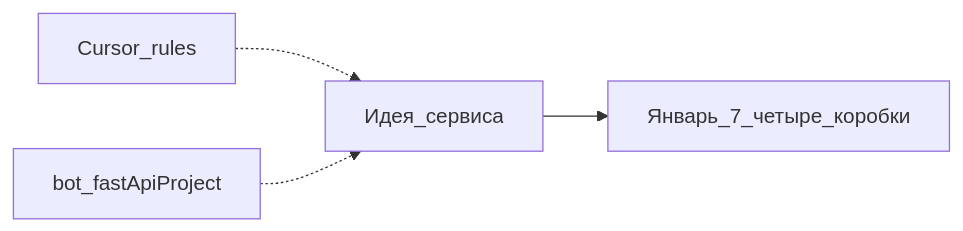
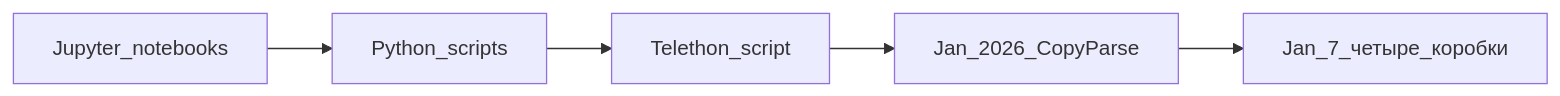
One commit to AlexanderNY/cursor_test changed the diagram in docs/telegram-history/H01-pravila.md. Above: the diagram before and after it, drawn with Mermaid. The commit also changed other lines of this file and 385 other files, not shown here.

````diff
--- a/docs/telegram-history/H01-pravila.md
+++ b/docs/telegram-history/H01-pravila.md
@@ -36,6 +41,7 @@
 ```mermaid
 flowchart LR
-  Rules[Cursor_rules] -.-> Idea[Идея_сервиса]
-  Old[bot_fastApiProject] -.-> Idea
-  Idea --> Later[Январь_7_четыре_коробки]
+  NB[Jupyter_notebooks] --> Scripts[Python_scripts]
+  Scripts --> Bot[Telethon_script]
+  Bot --> Jan[Jan_2026_CopyParse]
+  Jan --> Boxes[Jan_7_четыре_коробки]
 ```
````
